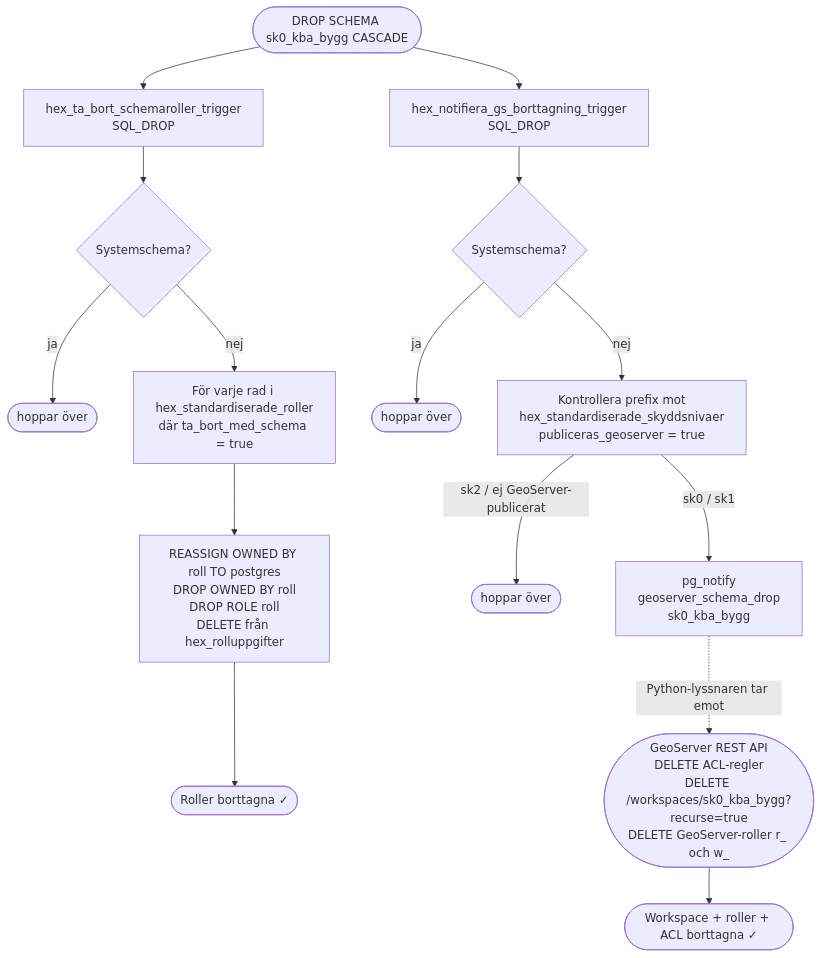
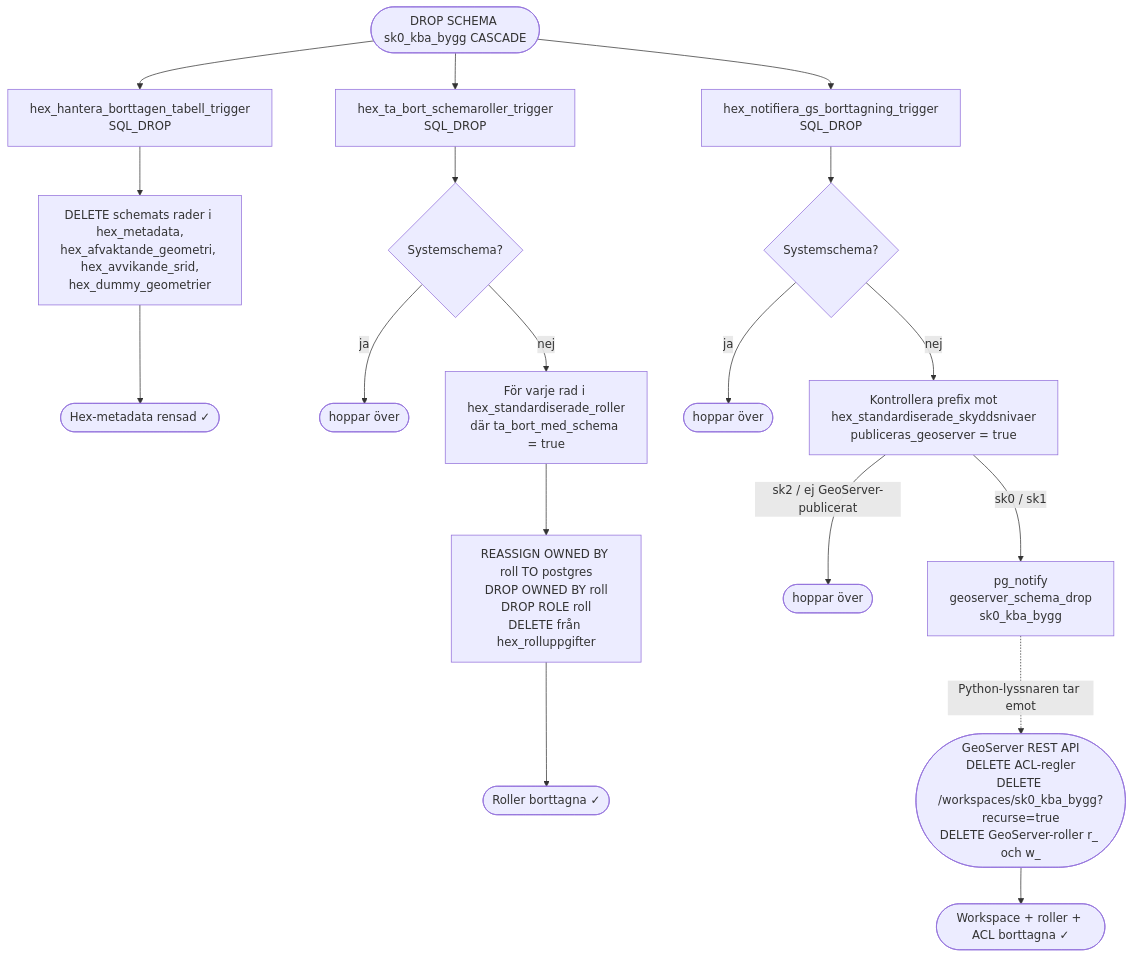
Before and after one commit to Geodata-Kungsbacka/Hex: the eighth of 9 diagrams in LOGIC_MAP.md, drawn with Mermaid. The commit also changed other lines of this file and 6 other files, not shown here.

First line of the commit message:
Rensa hex_metadata m.fl. vid DROP SCHEMA CASCADE

````diff
--- a/LOGIC_MAP.md
+++ b/LOGIC_MAP.md
@@ -770,20 +778,23 @@
 ```mermaid
 flowchart TD
     START(["DROP SCHEMA sk0_kba_bygg CASCADE"])
     START --> TBS_T["hex_ta_bort_schemaroller_trigger<br/>SQL_DROP"]
     START --> NGB_T["hex_notifiera_gs_borttagning_trigger<br/>SQL_DROP"]
+    START --> HBT_T["hex_hantera_borttagen_tabell_trigger<br/>SQL_DROP"]
+    HBT_T --> META["DELETE schemats rader i hex_metadata,<br/>hex_afvaktande_geometri, hex_avvikande_srid,<br/>hex_dummy_geometrier"]
+    META --> DONE_META(["Hex-metadata rensad ✓"])
 
     TBS_T --> SYS{"Systemschema?"}
     SYS --> |ja| SKIP(["hoppar över"])
     SYS --> |nej| LOOP["För varje rad i hex_standardiserade_roller<br/>där ta_bort_med_schema = true"]
     LOOP --> DROPROL["REASSIGN OWNED BY roll TO postgres<br/>DROP OWNED BY roll<br/>DROP ROLE roll<br/>DELETE från hex_rolluppgifter"]
     DROPROL --> DONE_ROLES(["Roller borttagna ✓"])
 
     NGB_T --> SYS2{"Systemschema?"}
     SYS2 --> |ja| SKIP2(["hoppar över"])
     SYS2 --> |nej| GS_CHK["Kontrollera prefix mot<br/>hex_standardiserade_skyddsnivaer<br/>publiceras_geoserver = true"]
     GS_CHK --> |"sk2 / ej GeoServer-publicerat"| SKIP3(["hoppar över"])
     GS_CHK --> |"sk0 / sk1"| NOTIFY["pg_notify<br/>geoserver_schema_drop<br/>sk0_kba_bygg"]
     NOTIFY -.->|"Python-lyssnaren tar emot"| GS(["GeoServer REST API<br/>DELETE ACL-regler<br/>DELETE /workspaces/sk0_kba_bygg?recurse=true<br/>DELETE GeoServer-roller r_ och w_"])
     GS --> DONE_GS(["Workspace + roller + ACL borttagna ✓"])
 ```
````
